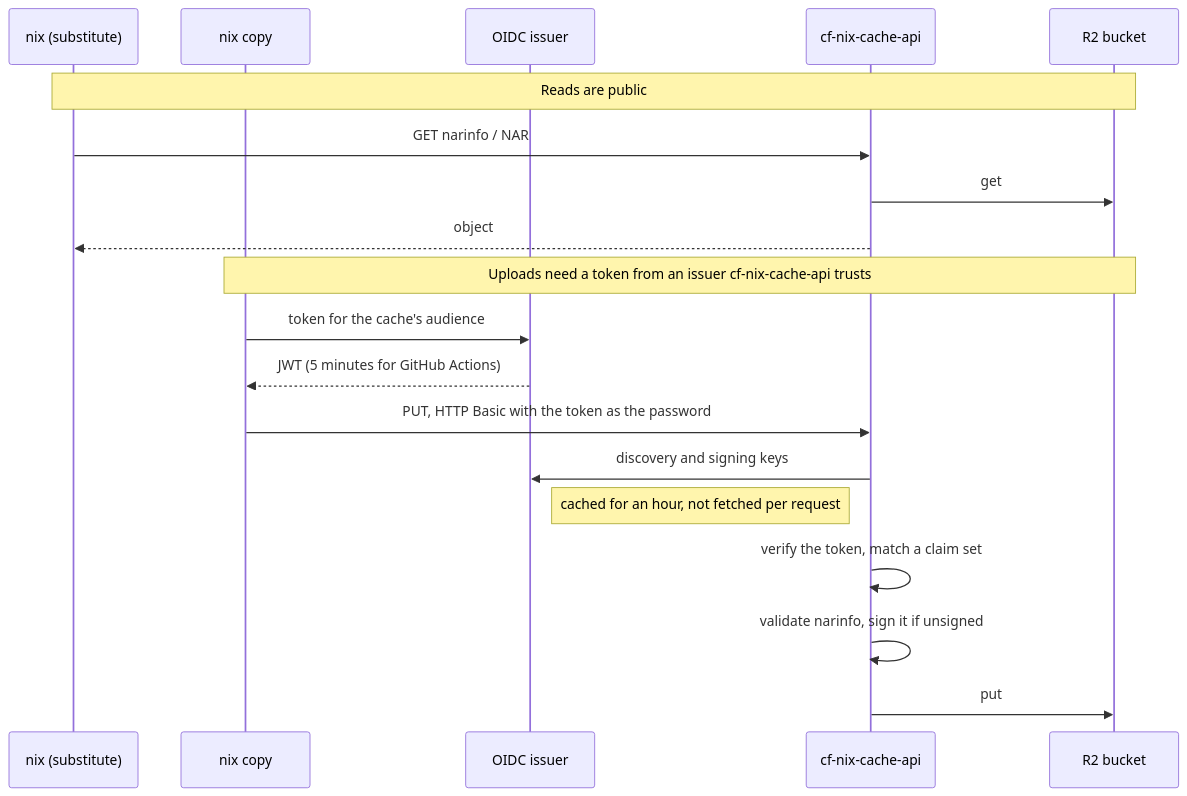
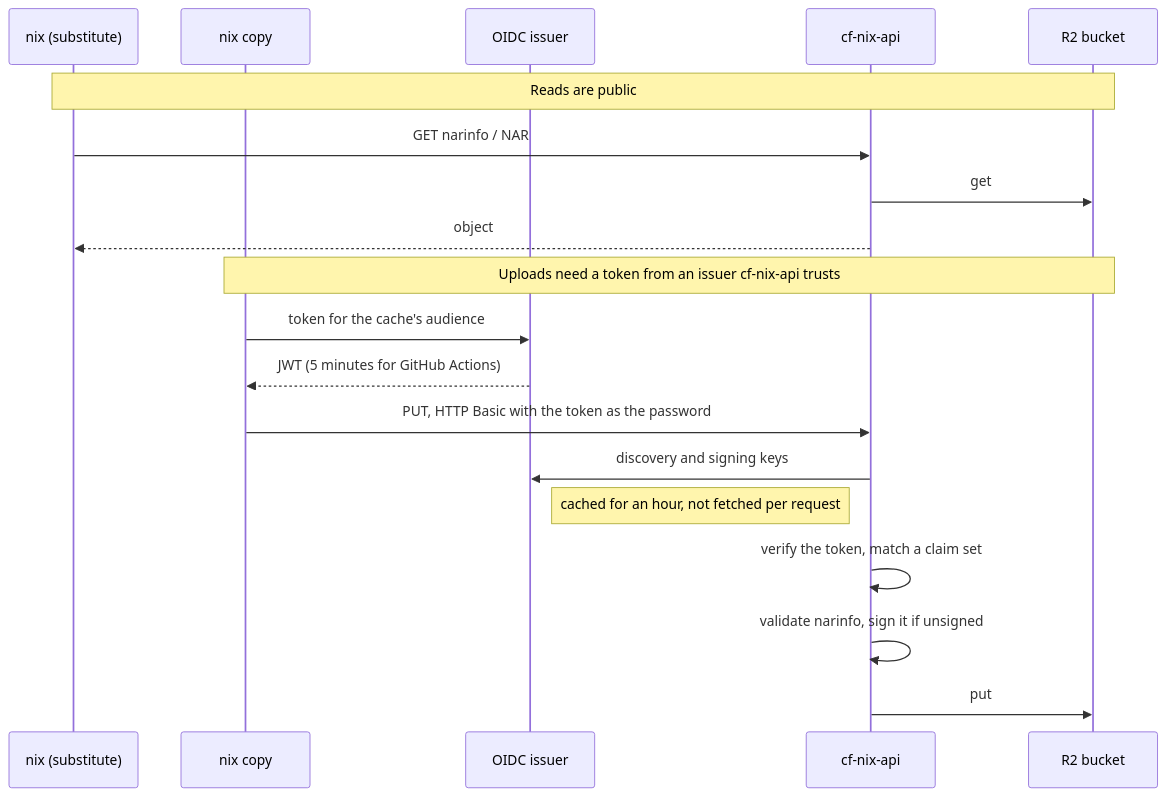
The diagram in README.md (cf-contrib/cf-nix), drawn with Mermaid before and after one commit. The commit also changed other lines of this file and 41 other files, not shown here.

````diff
--- a/README.md
+++ b/README.md
@@ -27,23 +27,23 @@
 ```mermaid
 sequenceDiagram
     participant Reader as nix (substitute)
     participant Uploader as nix copy
     participant Issuer as OIDC issuer
-    participant Api as cf-nix-cache-api
+    participant Api as cf-nix-api
     participant R2 as R2 bucket
 
     Note over Reader,R2: Reads are public
     Reader->>Api: GET narinfo / NAR
     Api->>R2: get
     Api-->>Reader: object
 
-    Note over Uploader,R2: Uploads need a token from an issuer cf-nix-cache-api trusts
+    Note over Uploader,R2: Uploads need a token from an issuer cf-nix-api trusts
     Uploader->>Issuer: token for the cache's audience
     Issuer-->>Uploader: JWT (5 minutes for GitHub Actions)
     Uploader->>Api: PUT, HTTP Basic with the token as the password
     Api->>Issuer: discovery and signing keys
     Note right of Issuer: cached for an hour, not fetched per request
     Api->>Api: verify the token, match a claim set
     Api->>Api: validate narinfo, sign it if unsigned
     Api->>R2: put
 ```
````
